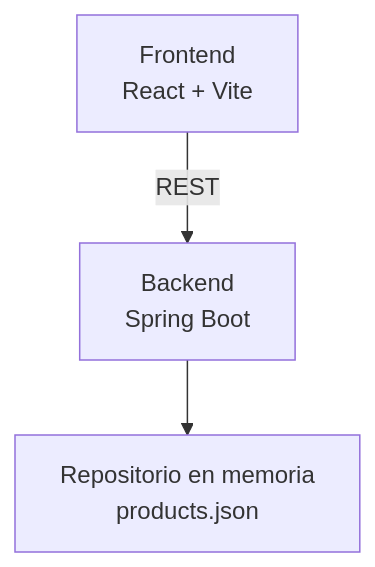
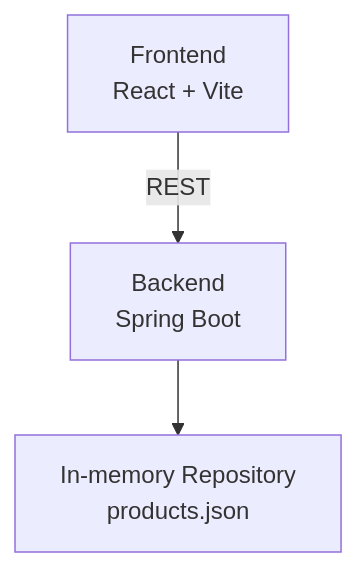
The diagram in DESIGN.md (Igna240/meli-challenge), drawn with Mermaid before and after one commit. The commit also changed other lines of this file and 2 other files, not shown here.

````diff
--- a/DESIGN.md
+++ b/DESIGN.md
@@ -8,5 +11,5 @@
 ```mermaid
 graph TD
   FE[Frontend<br/>React + Vite] -->|REST| BE[Backend<br/>Spring Boot]
-  BE --> MEM[Repositorio en memoria<br/>products.json]
-  ```
+  BE --> MEM[In-memory Repository<br/>products.json]
+```
````
